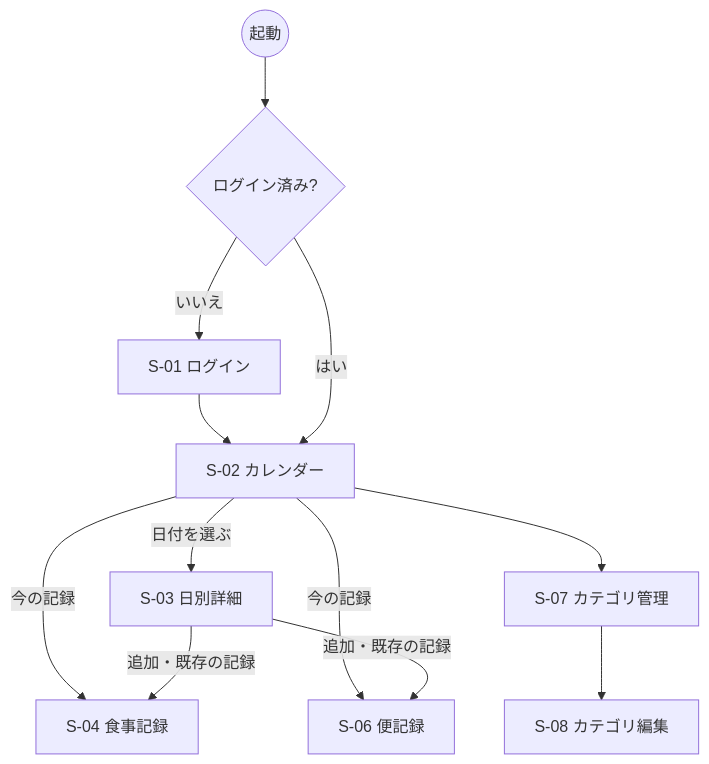
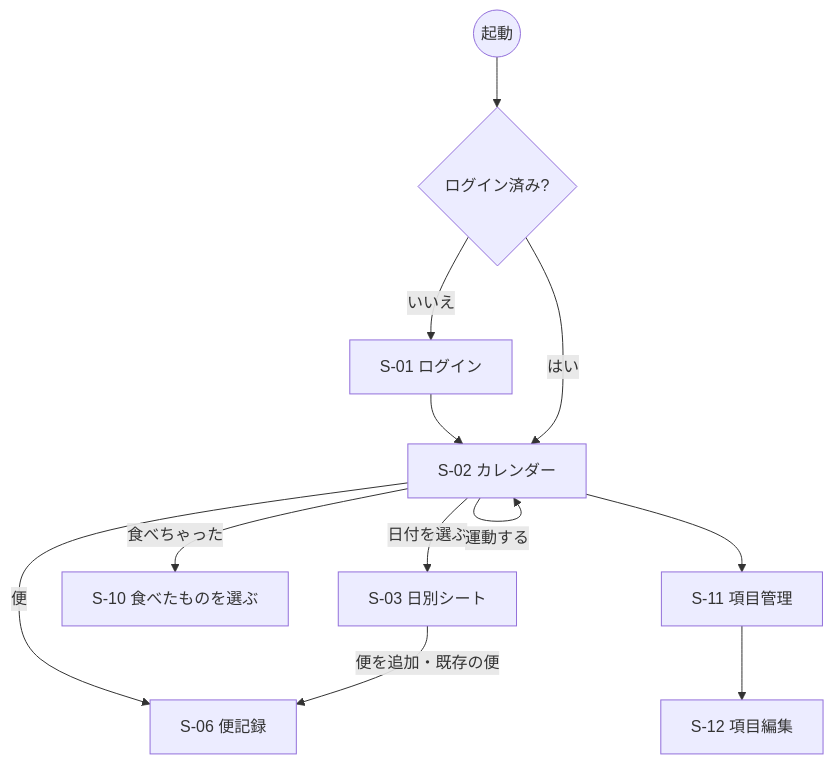
One commit to ogitet/meal-stool-tracker changed the second of 2 diagrams in docs/03-structure.md. Above: the diagram before and after it, drawn with Mermaid. The commit also changed other lines of this file and 3 other files, not shown here.

````diff
--- a/docs/03-structure.md
+++ b/docs/03-structure.md
@@ -98,17 +96,16 @@
 ```mermaid
 flowchart TD
   Start((起動)) --> Auth{ログイン済み?}
   Auth -->|いいえ| S01[S-01 ログイン]
   S01 --> S02
   Auth -->|はい| S02[S-02 カレンダー]
 
-  S02 -->|日付を選ぶ| S03[S-03 日別詳細]
-  S02 -->|今の記録| S04[S-04 食事記録]
-  S02 -->|今の記録| S06[S-06 便記録]
-  S02 --> S07[S-07 カテゴリ管理]
+  S02 -->|日付を選ぶ| S03[S-03 日別シート]
+  S02 -->|食べちゃった| S10[S-10 食べたものを選ぶ]
+  S02 -->|運動する| S02
+  S02 -->|便| S06[S-06 便記録]
+  S02 --> S11[S-11 項目管理]
 
-  S03 -->|追加・既存の記録| S04
-  S03 -->|追加・既存の記録| S06
-
-  S07 --> S08[S-08 カテゴリ編集]
+  S03 -->|便を追加・既存の便| S06
+  S11 --> S12[S-12 項目編集]
 ```
````
